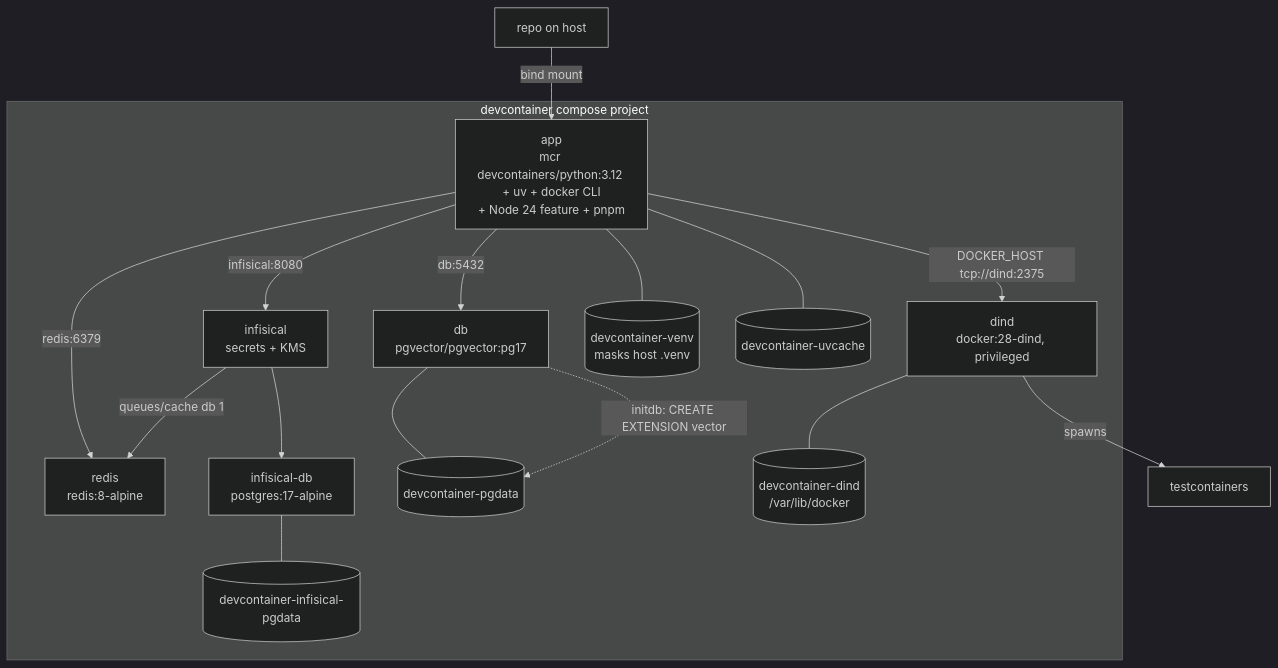
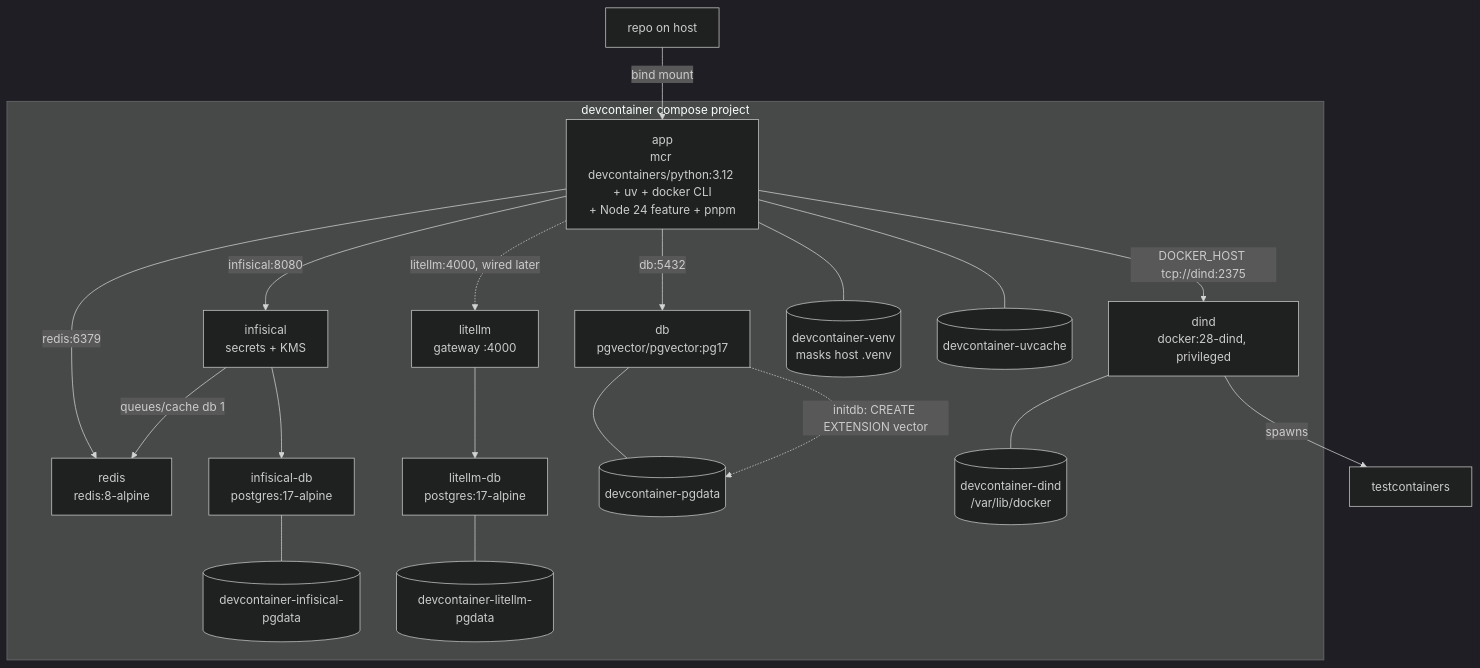
One commit to mac-lisowski/project-taipan changed the first of 4 diagrams in docs/devcontainer.md. Above: the diagram before and after it, drawn with Mermaid (dark theme). The commit also changed other lines of this file and 11 other files, not shown here.

First line of the commit message:
feat: litellm gateway docker stack

````diff
--- a/docs/devcontainer.md
+++ b/docs/devcontainer.md
@@ -10,30 +10,36 @@
 ```mermaid
 graph TD
   subgraph devcontainer compose project
     A[app<br>mcr devcontainers/python:3.12 + uv + docker CLI<br>+ Node 24 feature + pnpm]
     B[db<br>pgvector/pgvector:pg17]
     E[redis<br>redis:8-alpine]
     I[infisical<br>secrets + KMS]
     IB[infisical-db<br>postgres:17-alpine]
+    L[litellm<br>gateway :4000]
+    LB[litellm-db<br>postgres:17-alpine]
     D[dind<br>docker:28-dind, privileged]
     V1[(devcontainer-venv<br>masks host .venv)]
     V2[(devcontainer-pgdata)]
     V3[(devcontainer-uvcache)]
     V4[(devcontainer-dind<br>/var/lib/docker)]
     V5[(devcontainer-infisical-pgdata)]
+    V6[(devcontainer-litellm-pgdata)]
   end
   R[repo on host] -->|bind mount| A
   A -->|db:5432| B
   A -->|redis:6379| E
   A -->|infisical:8080| I
   A -->|DOCKER_HOST tcp://dind:2375| D
+  A -.->|litellm:4000, wired later| L
   I --> IB
   I -->|queues/cache db 1| E
+  L --> LB
   D -->|spawns| T[testcontainers]
   A --- V1
   A --- V3
   B --- V2
   IB --- V5
+  LB --- V6
   D --- V4
   B -.->|initdb: CREATE EXTENSION vector| V2
 ```
````
